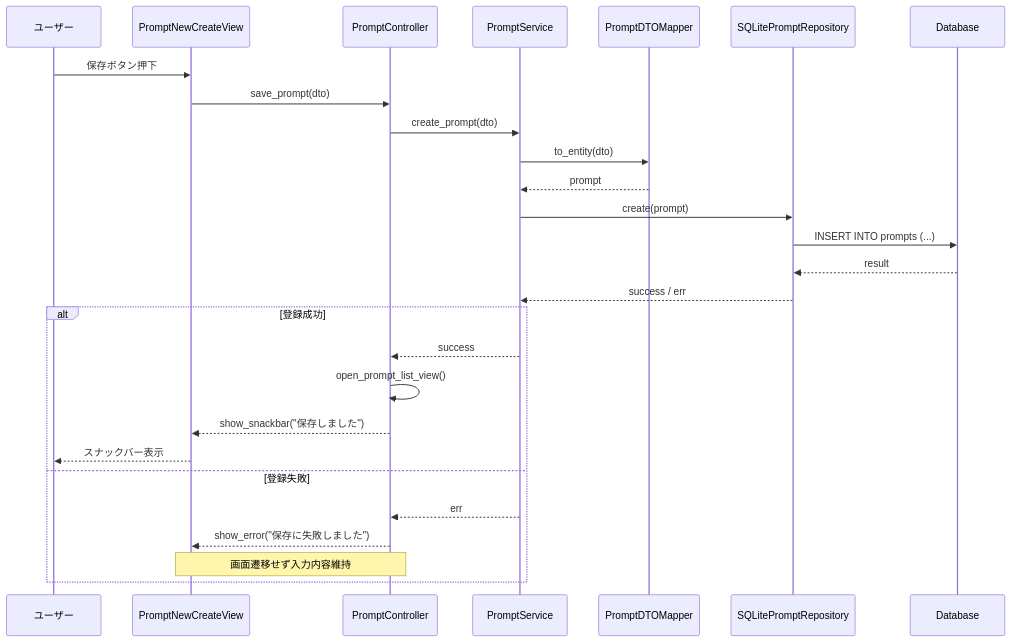
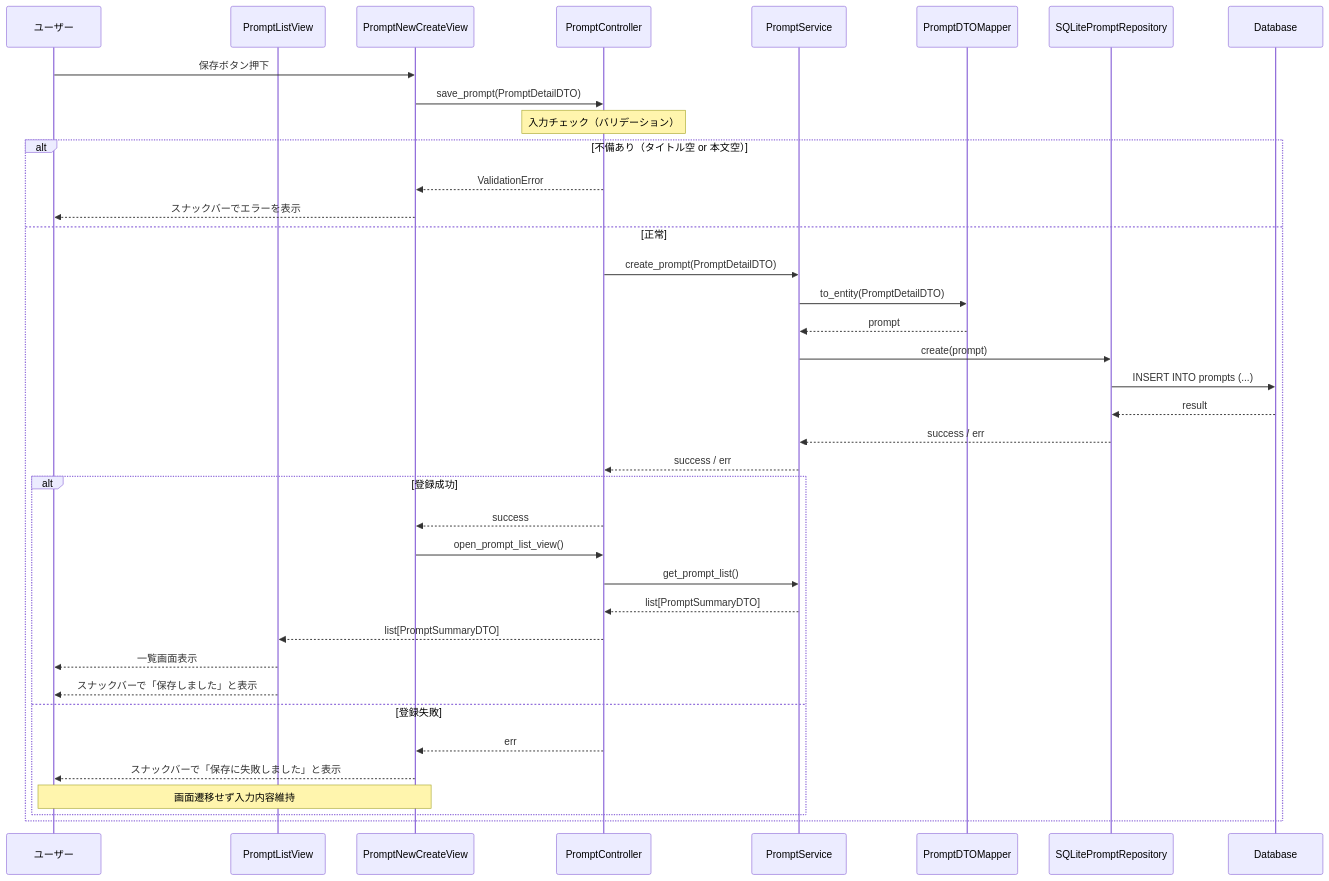
The second of 8 diagrams in docs/06_sequence_diagram.md (kuronyanko1108/prompt-manager), drawn with Mermaid before and after one commit. The commit also changed other lines of this file and 1 other file, not shown here.

Commit message:
update class_diagram,sequence_diagram

````diff
--- a/docs/06_sequence_diagram.md
+++ b/docs/06_sequence_diagram.md
@@ -34,34 +36,48 @@
 ```mermaid
 sequenceDiagram
 participant user as ユーザー
+participant list_view as PromptListView
 participant view as PromptNewCreateView
 participant ctrl as PromptController
 participant service as PromptService
 participant dto_mapper as PromptDTOMapper
 participant repository as SQLitePromptRepository
 participant db as Database
 
-    user ->> view: 保存ボタン押下
-    view ->> ctrl: save_prompt(dto)
+user ->> view: 保存ボタン押下
+view ->> ctrl: save_prompt(PromptDetailDTO)
 
-    ctrl ->> service: create_prompt(dto)
+Note over ctrl: 入力チェック（バリデーション）
+alt 不備あり（タイトル空 or 本文空）
+    ctrl -->> view: ValidationError
+    view -->> user : スナックバーでエラーを表示
+else 正常
+    ctrl ->> service: create_prompt(PromptDetailDTO)
 
-    service ->> dto_mapper: to_entity(dto)
+    service ->> dto_mapper: to_entity(PromptDetailDTO)
     dto_mapper -->> service: prompt
 
     service ->> repository: create(prompt)
     repository ->> db: INSERT INTO prompts (...)
     db -->> repository: result
     repository -->> service: success / err
+    service -->> ctrl: success / err
 
     alt 登録成功
-        service -->> ctrl: success
-        ctrl ->> ctrl: open_prompt_list_view()
-        ctrl -->> view: show_snackbar("保存しました")
-        view -->> user: スナックバー表示
+        ctrl -->> view: success
+
+        view ->> ctrl: open_prompt_list_view()
+        ctrl ->> service: get_prompt_list()
+        service -->> ctrl: list[PromptSummaryDTO]
+        ctrl -->> list_view: list[PromptSummaryDTO]
+
+        list_view -->> user: 一覧画面表示
+        list_view -->> user: スナックバーで「保存しました」と表示
+
     else 登録失敗
-        service -->> ctrl: err
-        ctrl -->> view: show_error("保存に失敗しました")
-        Note over ctrl,view: 画面遷移せず入力内容維持
+        ctrl -->> view: err
+        view -->> user: スナックバーで「保存に失敗しました」と表示
+        Note over view,user: 画面遷移せず入力内容維持
     end
+end
 ```
````
